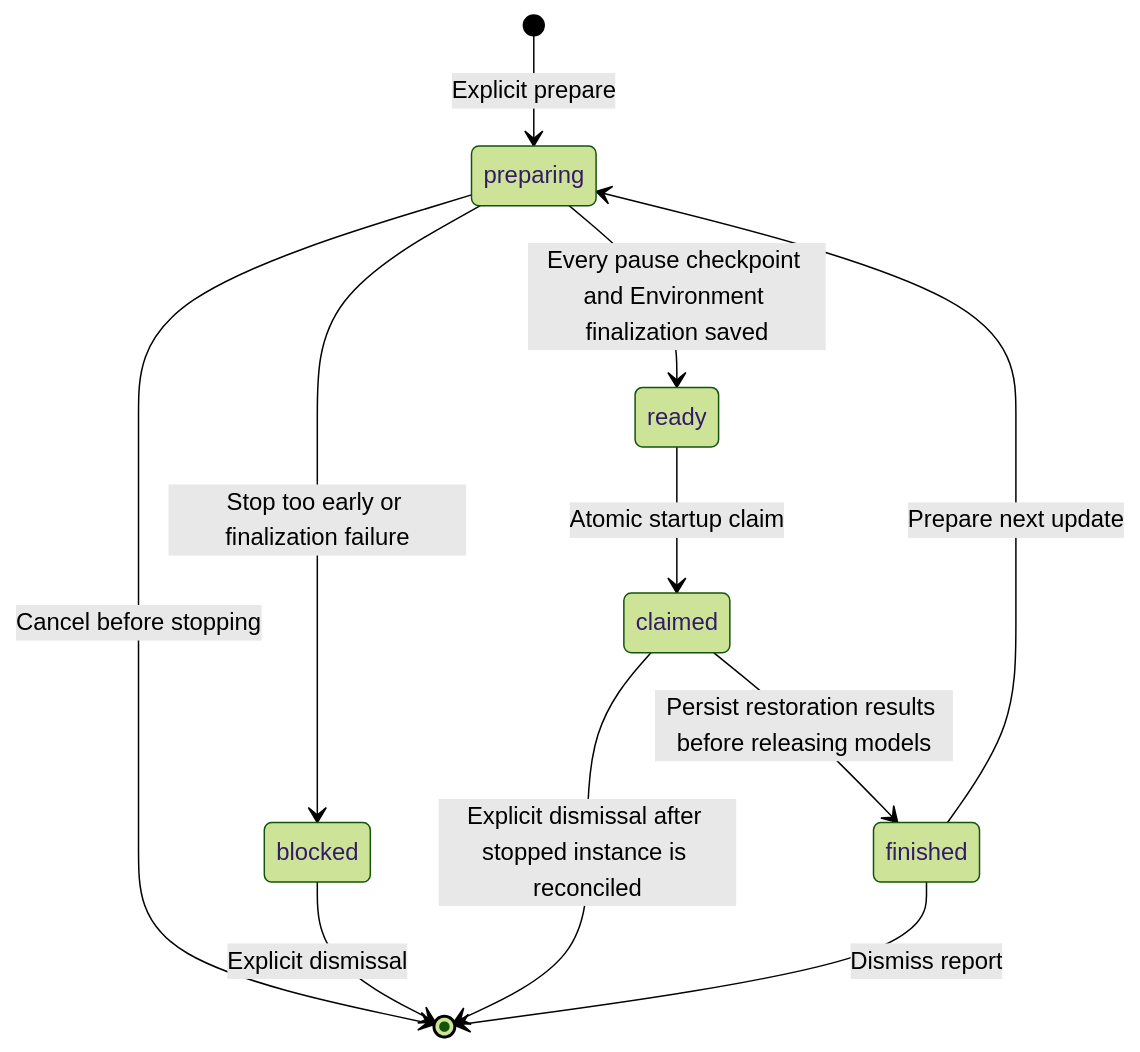
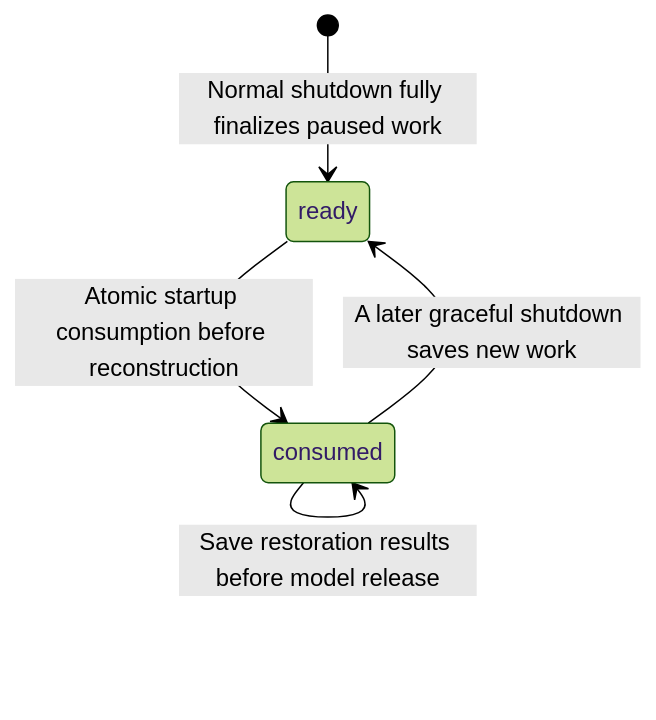
The diagram in spec/a13n-harness-ui/03-local-storage-and-recovery.md (converge-ai-labs/agent-foundation), drawn with Mermaid (forest theme) before and after one commit. The commit also changed other lines of this file and 33 other files, not shown here.

First line of the commit message:
fix(harness-ui): drive restart recovery from graceful shutdown

````diff
--- a/spec/a13n-harness-ui/03-local-storage-and-recovery.md
+++ b/spec/a13n-harness-ui/03-local-storage-and-recovery.md
@@ -343,13 +343,7 @@
 ```mermaid
 stateDiagram-v2
-    [*] --> preparing: Explicit prepare
-    preparing --> [*]: Cancel before stopping
-    preparing --> ready: Every pause checkpoint and Environment finalization saved
-    preparing --> blocked: Stop too early or finalization failure
-    ready --> claimed: Atomic startup claim
-    claimed --> finished: Persist restoration results before releasing models
-    blocked --> [*]: Explicit dismissal
-    claimed --> [*]: Explicit dismissal after stopped instance is reconciled
-    finished --> [*]: Dismiss report
-    finished --> preparing: Prepare next update
+    [*] --> ready: Normal shutdown fully finalizes paused work
+    ready --> consumed: Atomic startup consumption before reconstruction
+    consumed --> consumed: Save restoration results before model release
+    consumed --> ready: A later graceful shutdown saves new work
 ```
````
